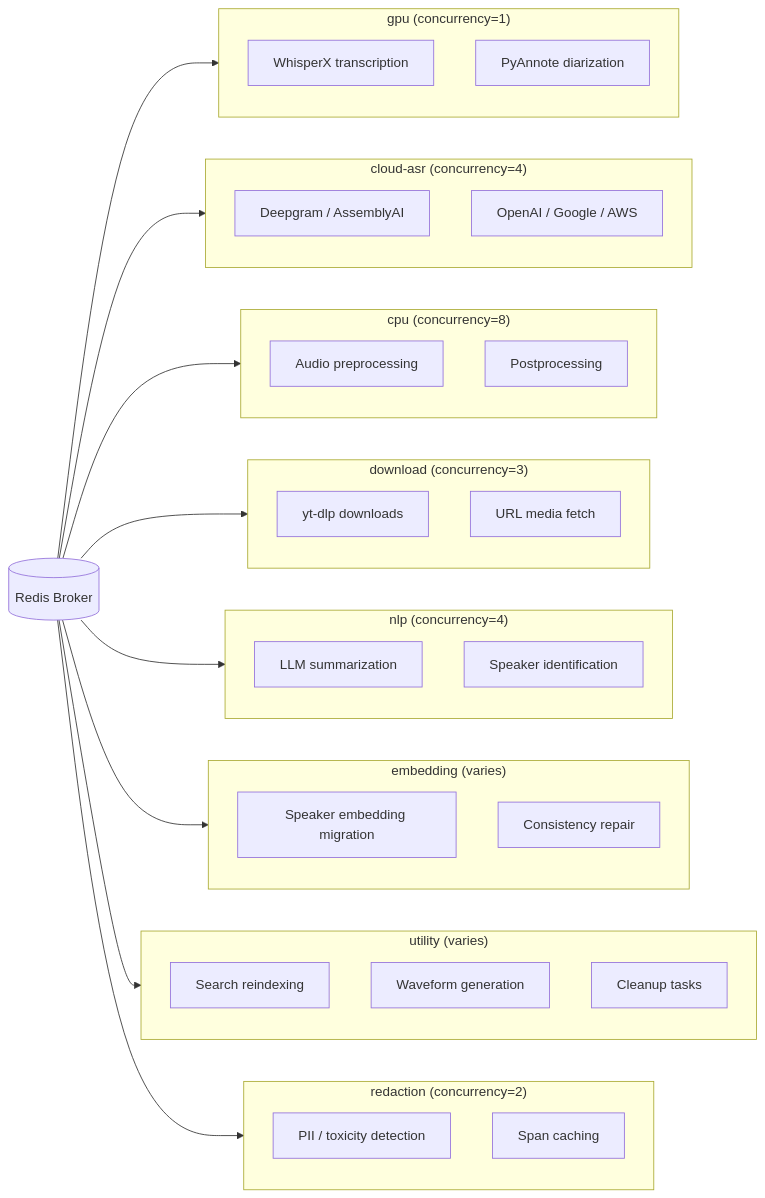
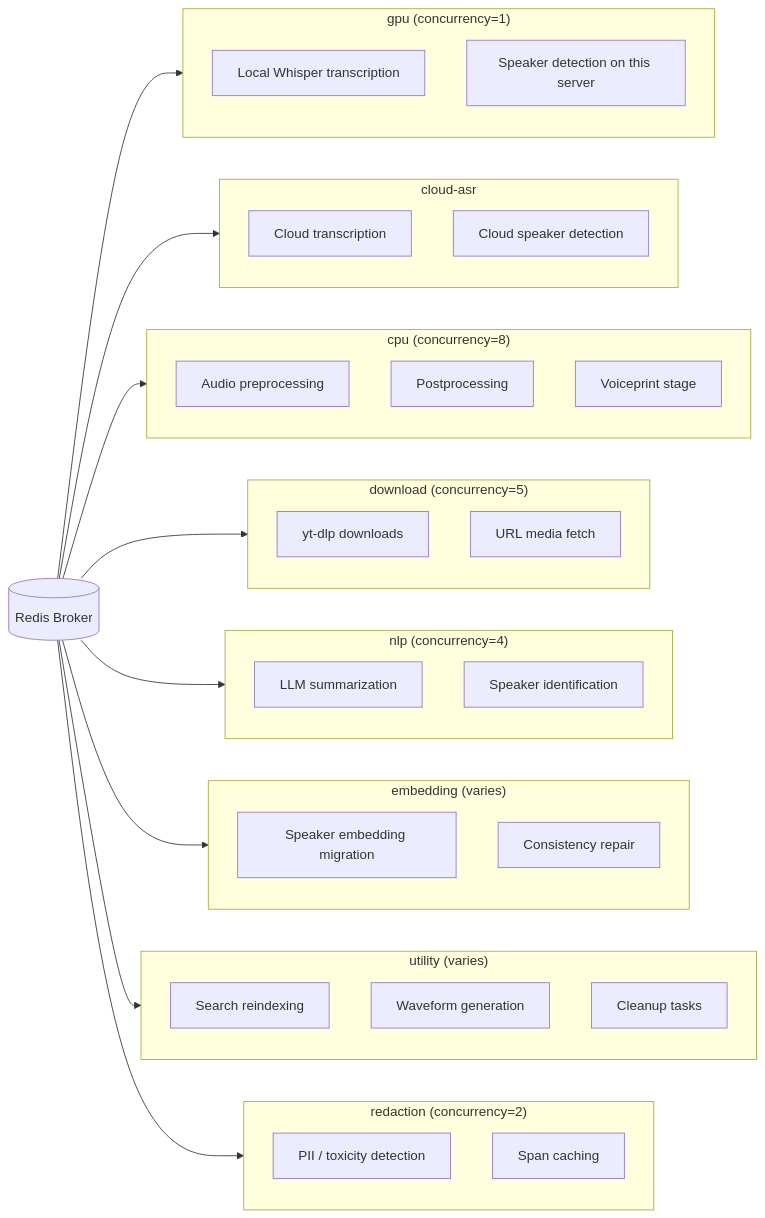
One commit to attevon-llc/OpenTranscribe changed the third of 3 diagrams in docs-site/docs/developer-guide/architecture.md. Above: the diagram before and after it, drawn with Mermaid. The commit also changed other lines of this file and 18 other files, not shown here.

````diff
--- a/docs-site/docs/developer-guide/architecture.md
+++ b/docs-site/docs/developer-guide/architecture.md
@@ -189,45 +261,46 @@
 ```mermaid
 flowchart LR
     Redis[(Redis Broker)] --> gpu & cloud_asr & cpu & download & nlp & embedding & utility & redaction
 
     subgraph gpu["gpu (concurrency=1)"]
-        g1[WhisperX transcription]
-        g2[PyAnnote diarization]
+        g1[Local Whisper transcription]
+        g2[Speaker detection on this server]
     end
 
-    subgraph cloud_asr["cloud-asr (concurrency=4)"]
-        c1[Deepgram / AssemblyAI]
-        c2[OpenAI / Google / AWS]
+    subgraph cloud_asr["cloud-asr"]
+        c1[Cloud transcription]
+        c2[Cloud speaker detection]
     end
 
     subgraph cpu["cpu (concurrency=8)"]
         p1[Audio preprocessing]
         p2[Postprocessing]
+        p3[Voiceprint stage]
     end
 
-    subgraph download["download (concurrency=3)"]
+    subgraph download["download (concurrency=5)"]
         d1[yt-dlp downloads]
         d2[URL media fetch]
     end
 
     subgraph nlp["nlp (concurrency=4)"]
         n1[LLM summarization]
         n2[Speaker identification]
     end
 
     subgraph embedding["embedding (varies)"]
         e1[Speaker embedding migration]
         e2[Consistency repair]
     end
 
     subgraph utility["utility (varies)"]
         u1[Search reindexing]
         u2[Waveform generation]
         u3[Cleanup tasks]
     end
 
     subgraph redaction["redaction (concurrency=2)"]
         r1[PII / toxicity detection]
         r2[Span caching]
     end
 ```
````
